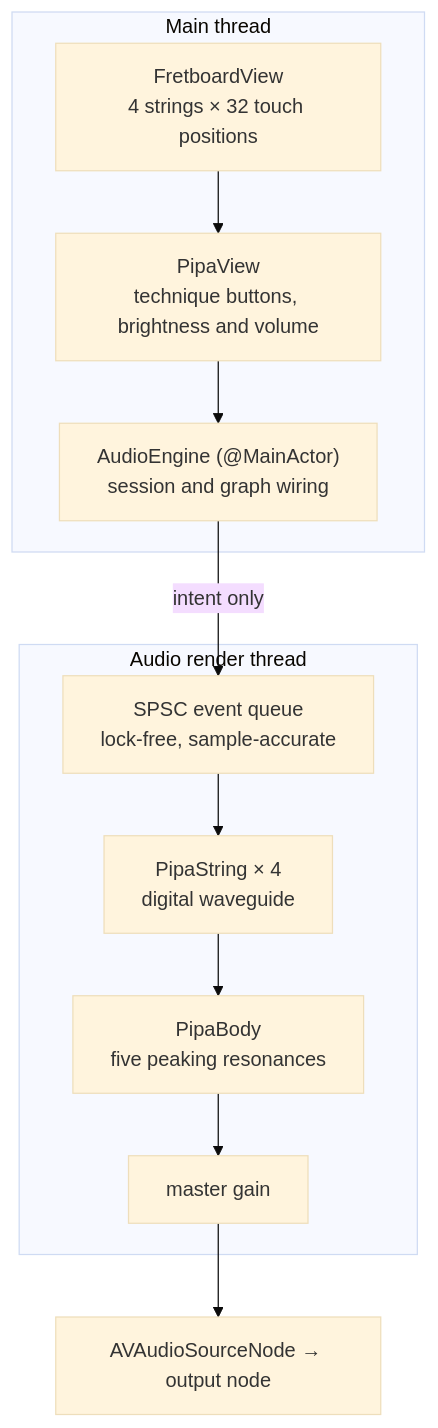
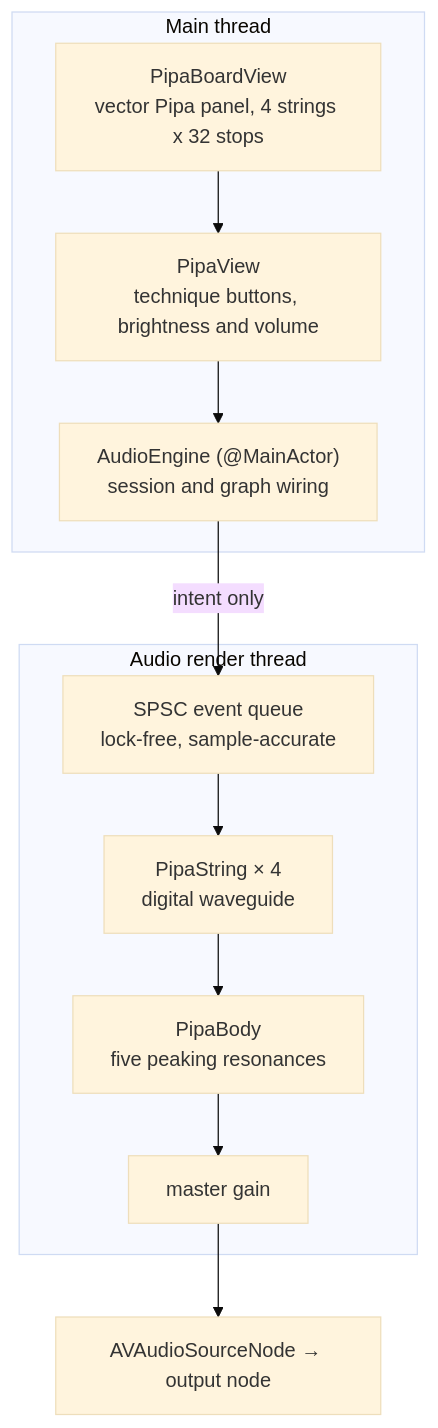
One commit to ZehuiWU2009/ElectricPipa changed the first of 2 diagrams in README.md. Above: the diagram before and after it, drawn with Mermaid (base theme). The commit also changed other lines of this file and 4 other files, not shown here.

Commit message:
Redraw the instrument as a vector Pipa panel with touch-driven stop positions

````diff
--- a/README.md
+++ b/README.md
@@ -102,21 +102,21 @@
 ```mermaid
 flowchart TB
     subgraph MAIN ["Main thread"]
-        U1["FretboardView<br/>4 strings × 32 touch positions"]
+        U1["PipaBoardView<br/>vector Pipa panel, 4 strings x 32 stops"]
         U2["PipaView<br/>technique buttons, brightness and volume"]
         U3["AudioEngine (@MainActor)<br/>session and graph wiring"]
     end
     subgraph AUDIO ["Audio render thread"]
         Q["SPSC event queue<br/>lock-free, sample-accurate"]
         S1["PipaString × 4<br/>digital waveguide"]
         B["PipaBody<br/>five peaking resonances"]
         G["master gain"]
     end
     U1 --> U2
     U2 --> U3
     U3 -->|"intent only"| Q
     Q --> S1
     S1 --> B
     B --> G
     G --> OUT["AVAudioSourceNode → output node"]
 ```
````
